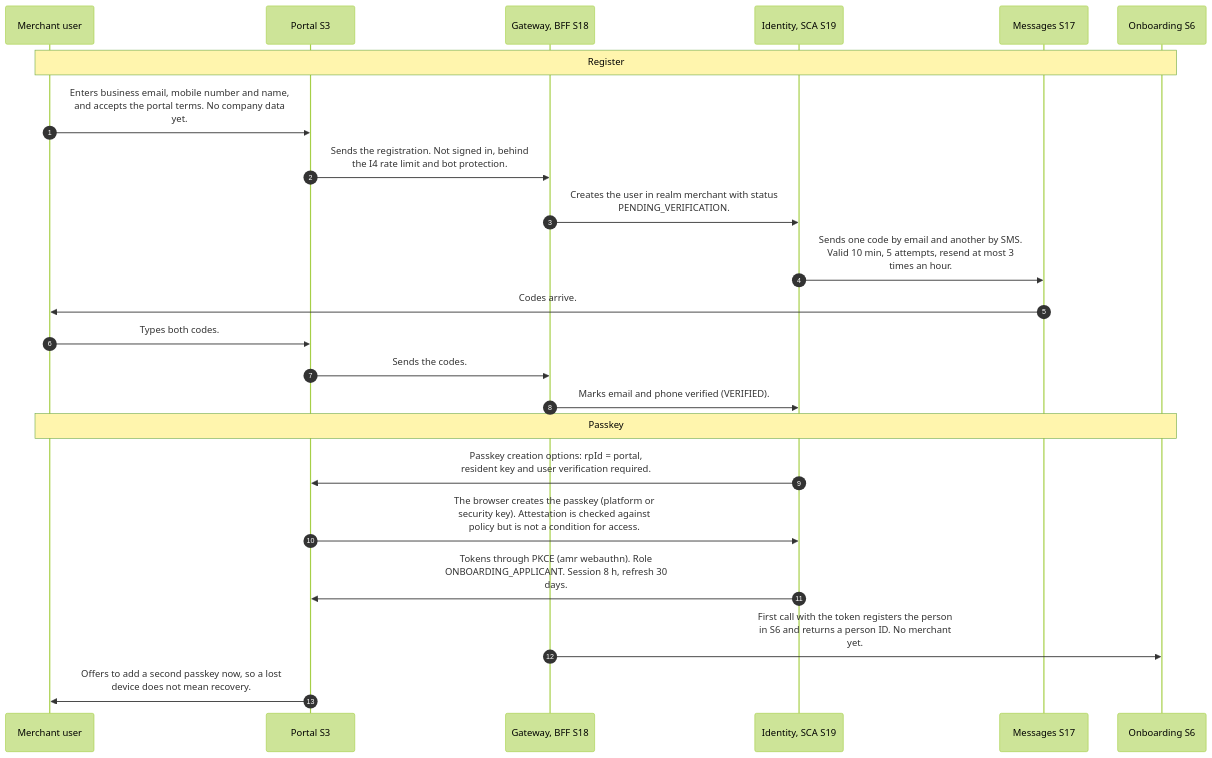
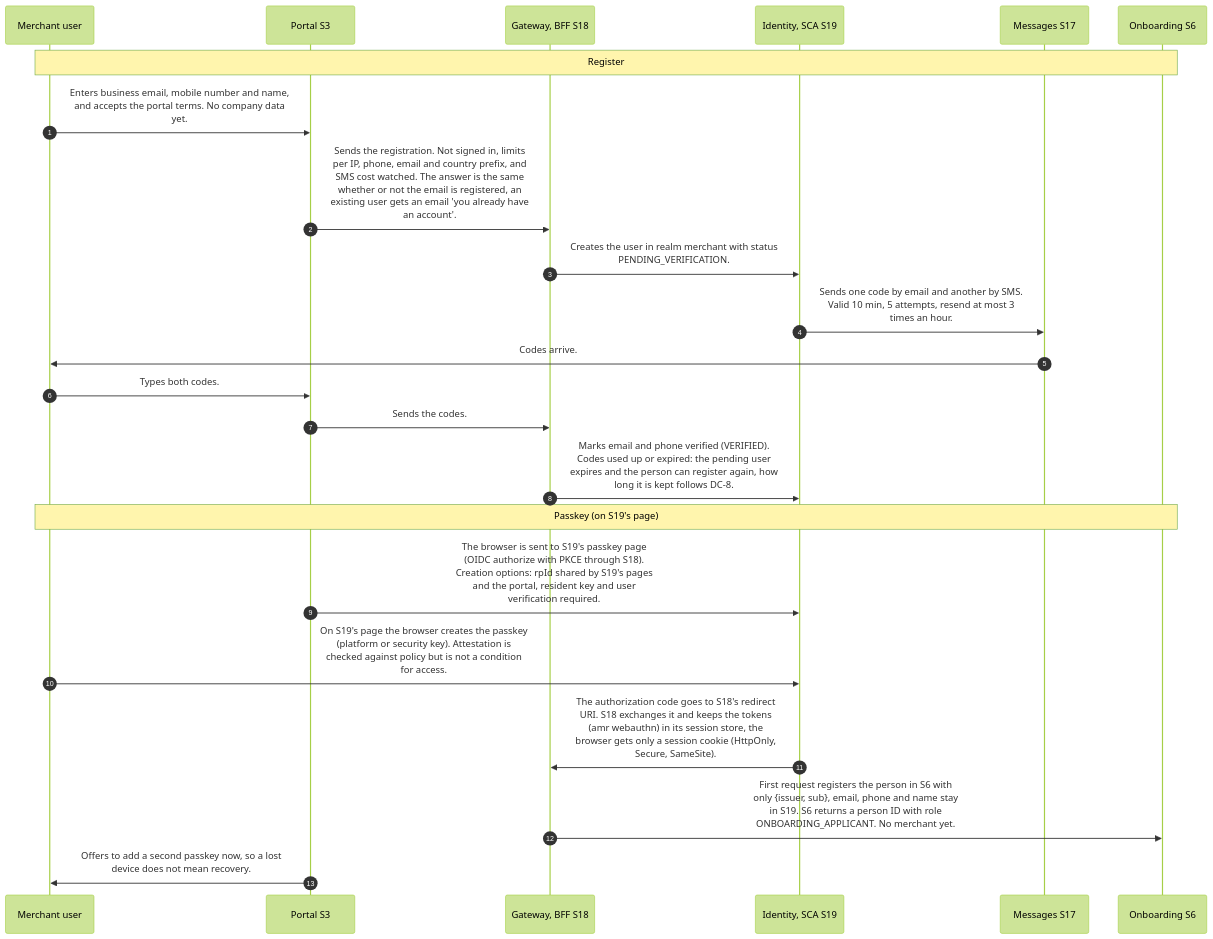
The first of 2 diagrams in docs/workflows/MP-01-register-and-create-a-passkey.md (paytinno/merchant-portal-workflows), drawn with Mermaid (forest theme) before and after one commit. The commit also changed other lines of this file and 47 other files, not shown here.

First line of the commit message:
Rewrite against CTO architecture v8.7 (spec v0.2)

````diff
--- a/docs/workflows/MP-01-register-and-create-a-passkey.md
+++ b/docs/workflows/MP-01-register-and-create-a-passkey.md
@@ -22,25 +22,25 @@
 ```mermaid
 sequenceDiagram
   autonumber
   participant MER as Merchant user
   participant S3 as Portal S3
   participant S18 as Gateway, BFF S18
   participant S19 as Identity, SCA S19
   participant S17 as Messages S17
   participant S6 as Onboarding S6
   Note over MER,S6: Register
   MER->>S3: Enters business email, mobile number and name,<br/>and accepts the portal terms. No company data<br/>yet.
-  S3->>S18: Sends the registration. Not signed in, behind<br/>the I4 rate limit and bot protection.
+  S3->>S18: Sends the registration. Not signed in, limits<br/>per IP, phone, email and country prefix, and<br/>SMS cost watched. The answer is the same<br/>whether or not the email is registered, an<br/>existing user gets an email 'you already have<br/>an account'.
   S18->>S19: Creates the user in realm merchant with status<br/>PENDING_VERIFICATION.
   S19->>S17: Sends one code by email and another by SMS.<br/>Valid 10 min, 5 attempts, resend at most 3<br/>times an hour.
   S17->>MER: Codes arrive.
   MER->>S3: Types both codes.
   S3->>S18: Sends the codes.
-  S18->>S19: Marks email and phone verified (VERIFIED).
-  Note over MER,S6: Passkey
-  S19->>S3: Passkey creation options: rpId = portal,<br/>resident key and user verification required.
-  S3->>S19: The browser creates the passkey (platform or<br/>security key). Attestation is checked against<br/>policy but is not a condition for access.
-  S19->>S3: Tokens through PKCE (amr webauthn). Role<br/>ONBOARDING_APPLICANT. Session 8 h, refresh 30<br/>days.
-  S18->>S6: First call with the token registers the person<br/>in S6 and returns a person ID. No merchant<br/>yet.
+  S18->>S19: Marks email and phone verified (VERIFIED).<br/>Codes used up or expired: the pending user<br/>expires and the person can register again, how<br/>long it is kept follows DC-8.
+  Note over MER,S6: Passkey (on S19's page)
+  S3->>S19: The browser is sent to S19's passkey page<br/>(OIDC authorize with PKCE through S18).<br/>Creation options: rpId shared by S19's pages<br/>and the portal, resident key and user<br/>verification required.
+  MER->>S19: On S19's page the browser creates the passkey<br/>(platform or security key). Attestation is<br/>checked against policy but is not a condition<br/>for access.
+  S19->>S18: The authorization code goes to S18's redirect<br/>URI. S18 exchanges it and keeps the tokens<br/>(amr webauthn) in its session store, the<br/>browser gets only a session cookie (HttpOnly,<br/>Secure, SameSite).
+  S18->>S6: First request registers the person in S6 with<br/>only {issuer, sub}, email, phone and name stay<br/>in S19. S6 returns a person ID with role<br/>ONBOARDING_APPLICANT. No merchant yet.
   S3->>MER: Offers to add a second passkey now, so a lost<br/>device does not mean recovery.
 ```
````
